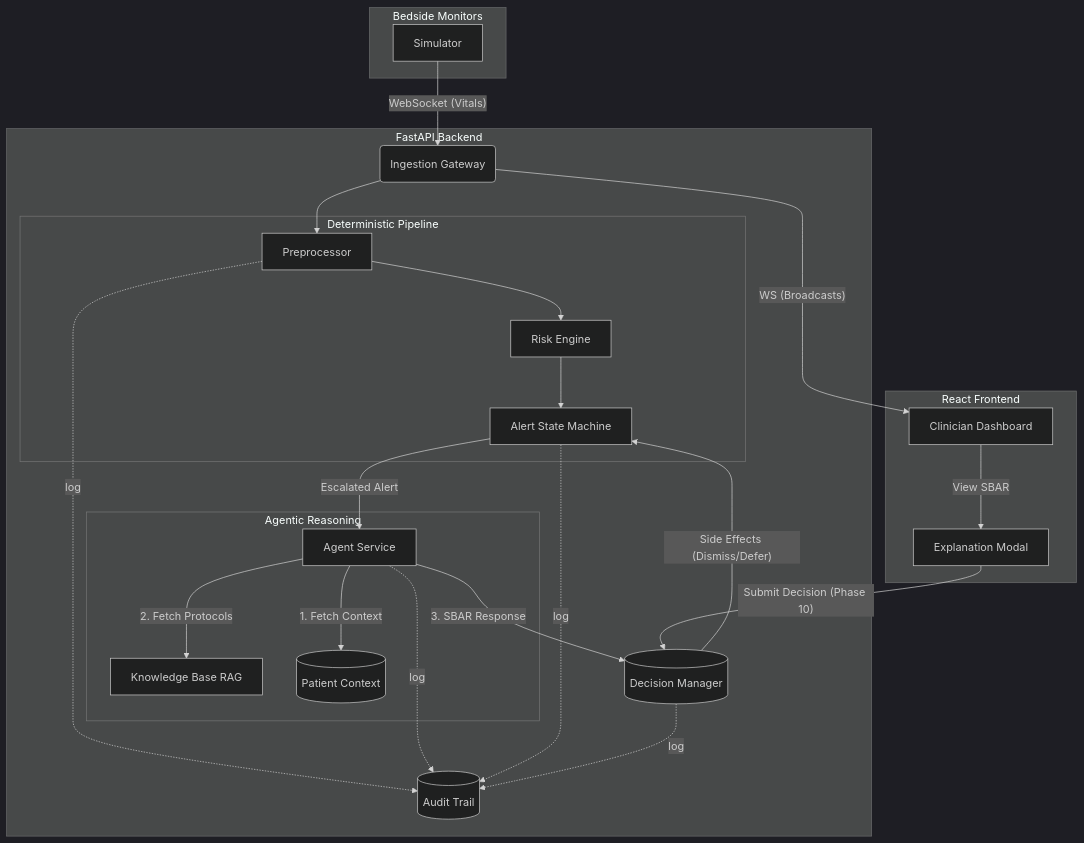
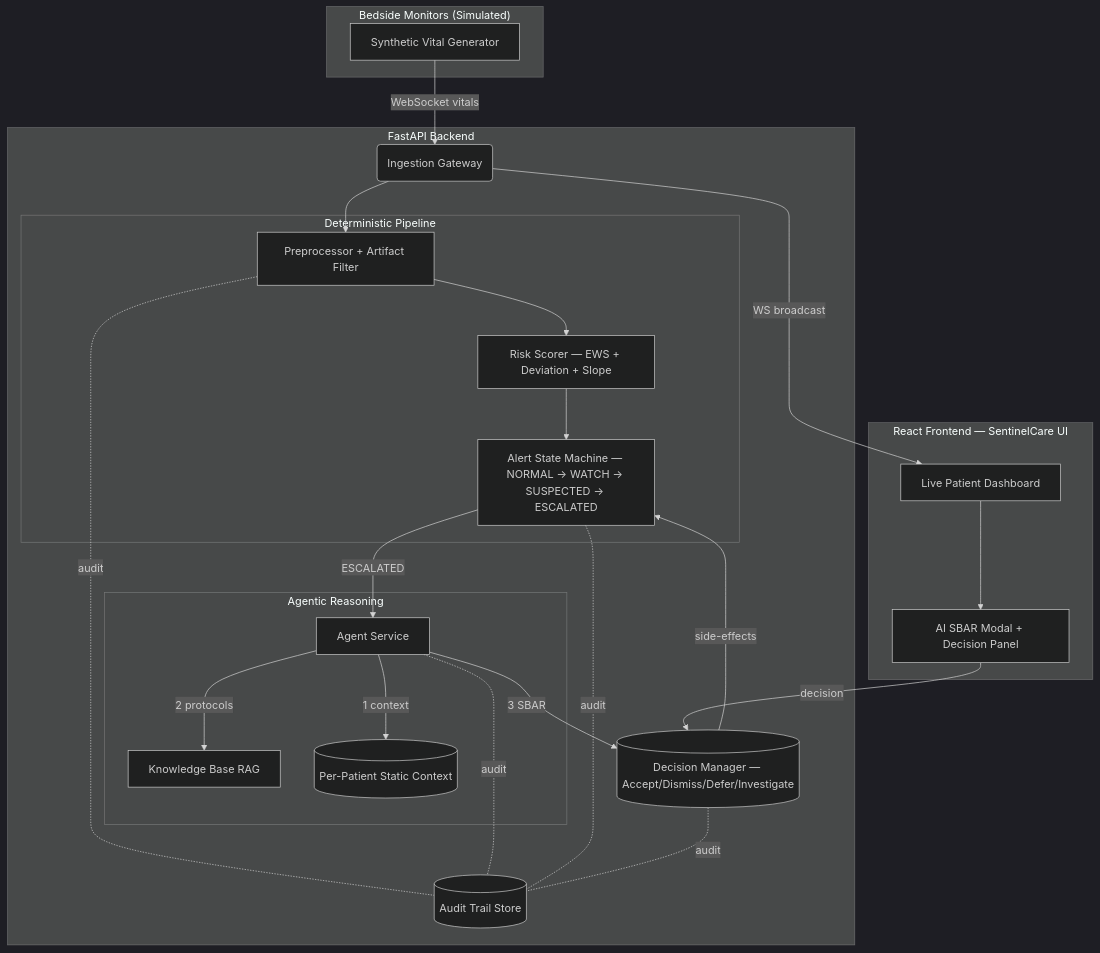
One commit to Kavya4615/Agentic-AI-Intra-IIT changed the diagram in README.md. Above: the diagram before and after it, drawn with Mermaid (dark theme). The commit also changed other lines of this file and 1 other file, not shown here.

````diff
--- a/README.md
+++ b/README.md
@@ -7,59 +25,45 @@
 ```mermaid
 graph TD
-    %% Simulator
-    subgraph "Bedside Monitors"
-        Sim[Simulator]
+    subgraph "Bedside Monitors (Simulated)"
+        Sim[Synthetic Vital Generator]
     end
 
-    %% Ingestion Gateway
     subgraph "FastAPI Backend"
         Ingest(Ingestion Gateway)
-        
-        %% State & Deterministic Pipeline
+
         subgraph "Deterministic Pipeline"
-            PP[Preprocessor]
-            RE[Risk Engine]
-            SM[Alert State Machine]
+            PP[Preprocessor + Artifact Filter]
+            RE[Risk Scorer — EWS + Deviation + Slope]
+            SM[Alert State Machine — NORMAL → WATCH → SUSPECTED → ESCALATED]
         end
-        
-        %% Agentic Pipeline
+
         subgraph "Agentic Reasoning"
             Agent[Agent Service]
             RAG[Knowledge Base RAG]
-            CTX[(Patient Context)]
+            CTX[(Per-Patient Static Context)]
         end
-        
-        %% Phase 10 & 11
-        DM[(Decision Manager)]
-        Audit[(Audit Trail)]
+
+        DM[(Decision Manager — Accept/Dismiss/Defer/Investigate)]
+        Audit[(Audit Trail Store)]
     end
 
-    %% Frontend
-    subgraph "React Frontend"
-        Dashboard[Clinician Dashboard]
-        Modal[Explanation Modal]
+    subgraph "React Frontend — SentinelCare UI"
+        Dashboard[Live Patient Dashboard]
+        Modal[AI SBAR Modal + Decision Panel]
     end
 
-    %% Data flow
-    Sim -- WebSocket (Vitals) --> Ingest
-    Ingest --> PP
-    PP --> RE
-    RE --> SM
-    
-    SM -- Escalated Alert --> Agent
-    Agent -- 1. Fetch Context --> CTX
-    Agent -- 2. Fetch Protocols --> RAG
-    Agent -- 3. SBAR Response --> DM
-    
-    Ingest -- WS (Broadcasts) --> Dashboard
-    
-    Dashboard -- View SBAR --> Modal
-    Modal -- Submit Decision (Phase 10) --> DM
-    DM -- Side Effects (Dismiss/Defer) --> SM
-    
-    %% Audit logging
-    PP -. log .-> Audit
-    Agent -. log .-> Audit
-    SM -. log .-> Audit
-    DM -. log .-> Audit
+    Sim -- WebSocket vitals --> Ingest
+    Ingest --> PP --> RE --> SM
+    SM -- ESCALATED --> Agent
+    Agent -- 1 context --> CTX
+    Agent -- 2 protocols --> RAG
+    Agent -- 3 SBAR --> DM
+    Ingest -- WS broadcast --> Dashboard
+    Dashboard --> Modal
+    Modal -- decision --> DM
+    DM -- side-effects --> SM
+    PP -.audit.- Audit
+    Agent -.audit.- Audit
+    SM -.audit.- Audit
+    DM -.audit.- Audit
 ```
````
